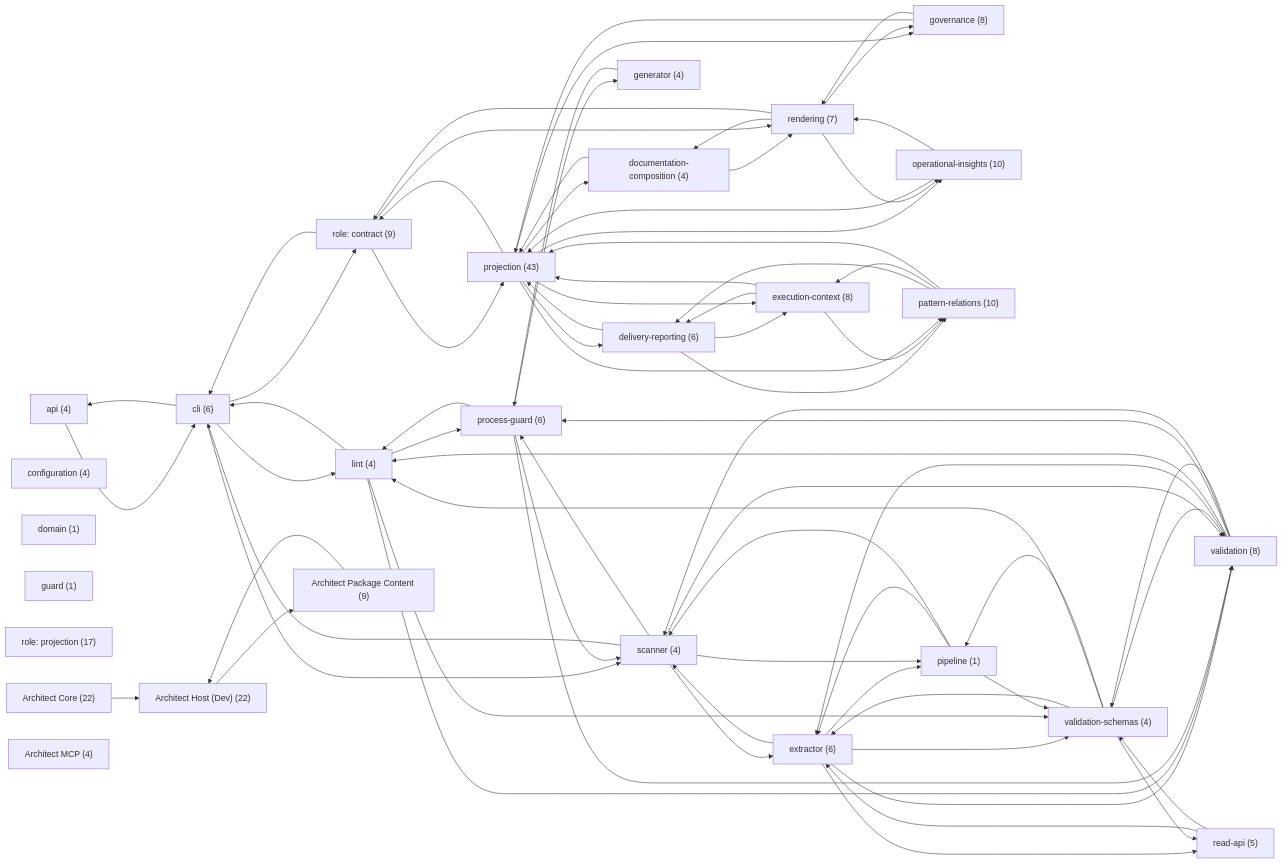
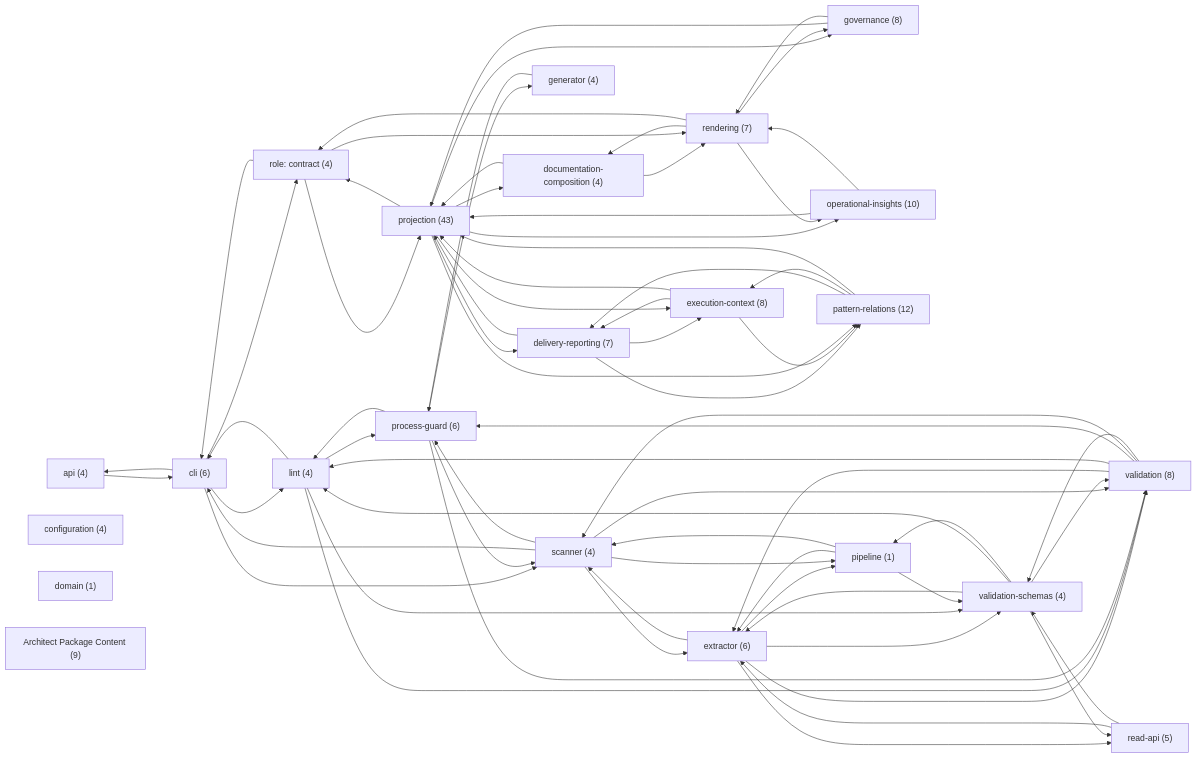
One commit to libar-dev/architect changed the first of 24 diagrams in docs-live/ARCHITECTURE.md. Above: the diagram before and after it, drawn with Mermaid. The commit also changed other lines of this file and 11 other files, not shown here.

```diff
--- a/docs-live/ARCHITECTURE.md
+++ b/docs-live/ARCHITECTURE.md
@@ -20,17 +20,16 @@
   api["api (4)"]
   cli["cli (6)"]
   configuration["configuration (4)"]
-  delivery_reporting["delivery-reporting (6)"]
+  delivery_reporting["delivery-reporting (7)"]
   documentation_composition["documentation-composition (4)"]
   domain["domain (1)"]
   execution_context["execution-context (8)"]
   extractor["extractor (6)"]
   generator["generator (4)"]
   governance["governance (8)"]
-  guard["guard (1)"]
   lint["lint (4)"]
   operational_insights["operational-insights (10)"]
-  pattern_relations["pattern-relations (10)"]
+  pattern_relations["pattern-relations (12)"]
   pipeline["pipeline (1)"]
   process_guard["process-guard (6)"]
   projection["projection (43)"]
@@ -39,11 +38,7 @@
   scanner["scanner (4)"]
   validation["validation (8)"]
   validation_schemas["validation-schemas (4)"]
-  role_contract["role: contract (9)"]
-  role_projection["role: projection (17)"]
-  pkg_architect_core["Architect Core (22)"]
-  pkg_architect_host_dev["Architect Host (Dev) (22)"]
-  pkg_architect_mcp["Architect MCP (4)"]
+  role_contract["role: contract (4)"]
   pkg_architect_package_content["Architect Package Content (9)"]
   api --> cli
   cli --> api
@@ -78,9 +73,6 @@
   pipeline --> extractor
   pipeline --> scanner
   pipeline --> validation_schemas
-  pkg_architect_core --> pkg_architect_host_dev
-  pkg_architect_host_dev --> pkg_architect_package_content
-  pkg_architect_package_content --> pkg_architect_host_dev
   process_guard --> generator
   process_guard --> lint
   process_guard --> scanner
```
